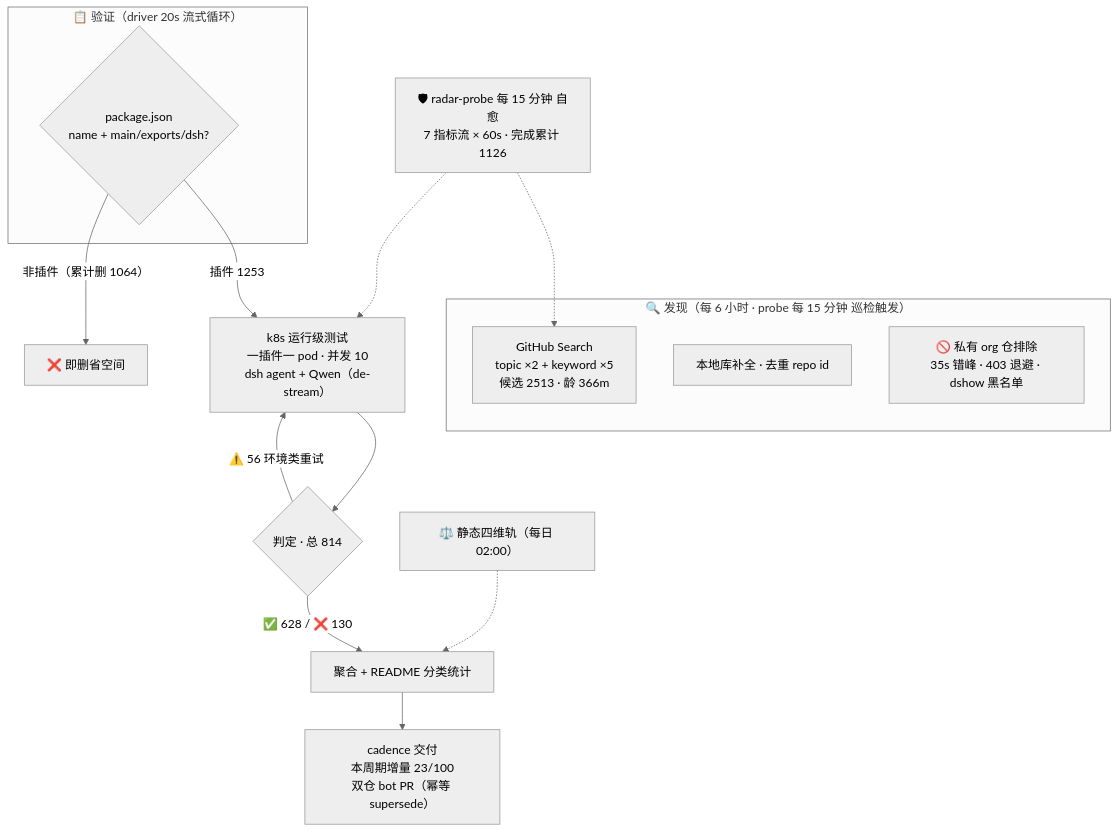
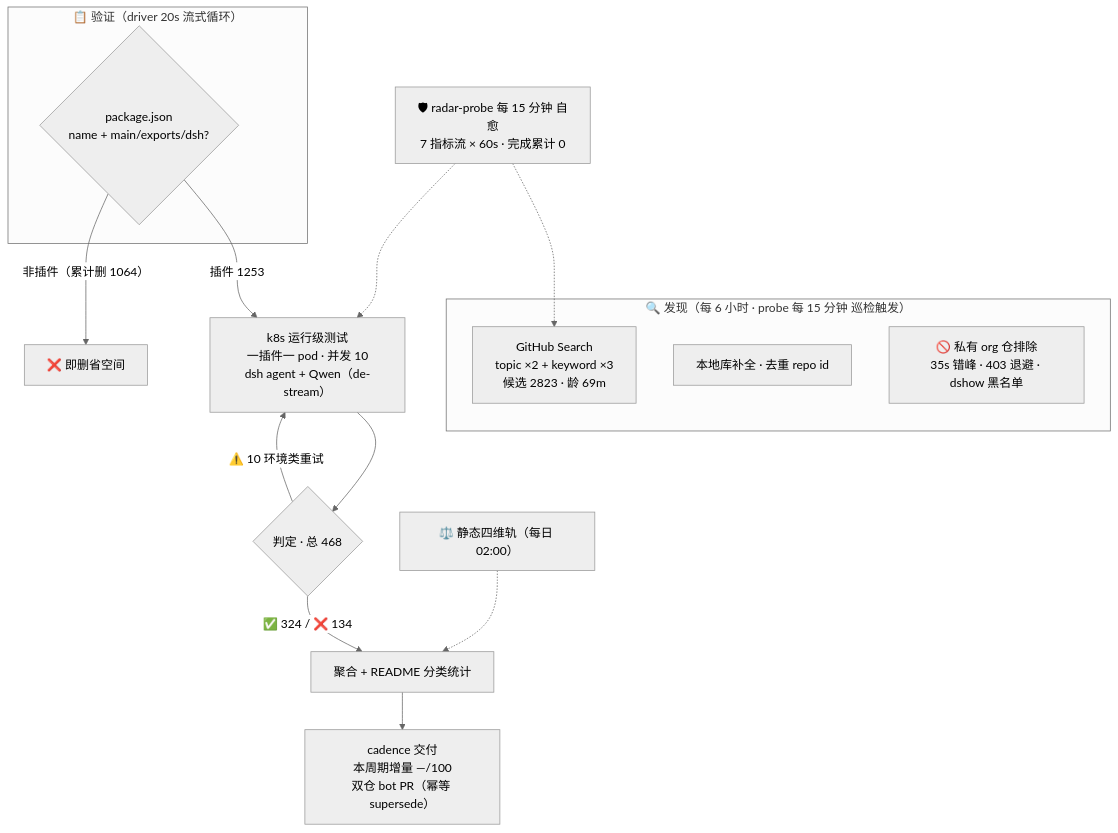
Before and after one commit to Zhidao-Lab-OSS/awesome-dsh-plugins: the diagram in README.md, drawn with Mermaid (neutral theme). The commit also changed other lines of this file and 1 other file, not shown here.

Commit message:
readme-render: 渲染自快照 20260815T125358Z（自托管 Bot B · merge 门控）

````diff
--- a/README.md
+++ b/README.md
@@ -30,20 +30,20 @@
 ```mermaid
 flowchart TB
     subgraph Discovery["🔍 发现（每 6 小时 · probe 每 15 分钟 巡检触发）"]
-        A1["GitHub Search<br/>topic ×2 + keyword ×5<br/>候选 2513 · 龄 366m"]
+        A1["GitHub Search<br/>topic ×2 + keyword ×3<br/>候选 2823 · 龄 69m"]
         A2["本地库补全 · 去重 repo id"]
         A3["🚫 私有 org 仓排除<br/>35s 错峰 · 403 退避 · dshow 黑名单"]
     end
     subgraph Validation["📋 验证（driver 20s 流式循环）"]
         B1{"package.json<br/>name + main/exports/dsh?"}
     end
     B1 -->|"插件 1253"| C1["k8s 运行级测试<br/>一插件一 pod · 并发 10<br/>dsh agent + Qwen（de-stream）"]
     B1 -->|"非插件（累计删 1064）"| B3["❌ 即删省空间"]
-    C1 --> D1{"判定 · 总 814"}
-    D1 -->|"✅ 628 / ❌ 130"| E1["聚合 + README 分类统计"]
-    D1 -->|"⚠️ 56 环境类重试"| C1
-    E1 --> E2["cadence 交付<br/>本周期增量 23/100<br/>双仓 bot PR（幂等 supersede）"]
+    C1 --> D1{"判定 · 总 468"}
+    D1 -->|"✅ 324 / ❌ 134"| E1["聚合 + README 分类统计"]
+    D1 -->|"⚠️ 10 环境类重试"| C1
+    E1 --> E2["cadence 交付<br/>本周期增量 —/100<br/>双仓 bot PR（幂等 supersede）"]
     S["⚖️ 静态四维轨（每日 02:00）"] -.-> E1
-    M["🛡 radar-probe 每 15 分钟 自愈<br/>7 指标流 × 60s · 完成累计 1126"] -.-> A1
+    M["🛡 radar-probe 每 15 分钟 自愈<br/>7 指标流 × 60s · 完成累计 0"] -.-> A1
     M -.-> C1
 ```
````
